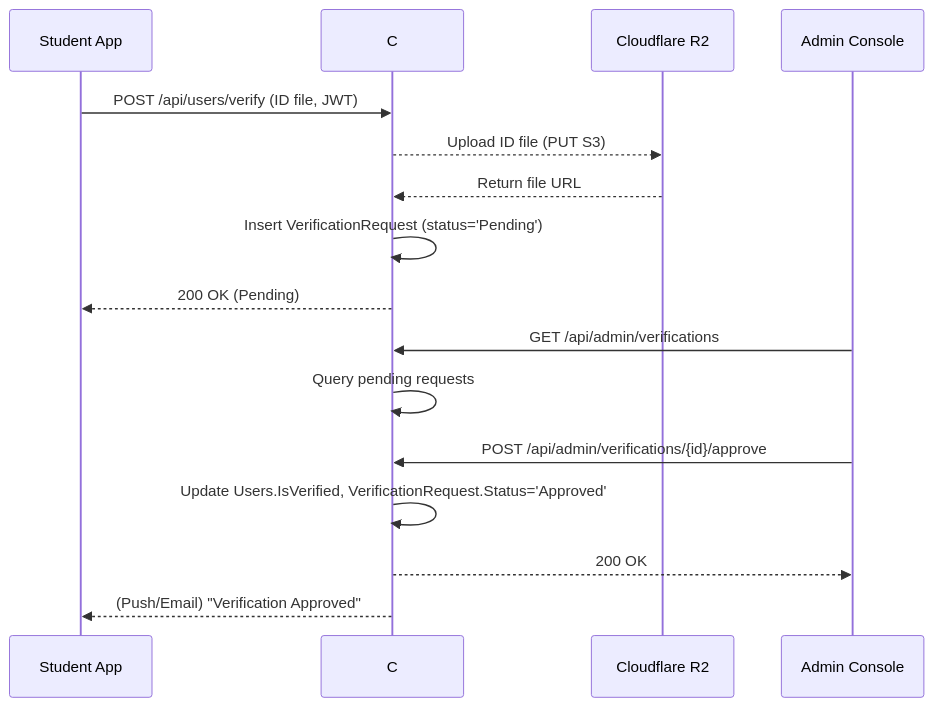
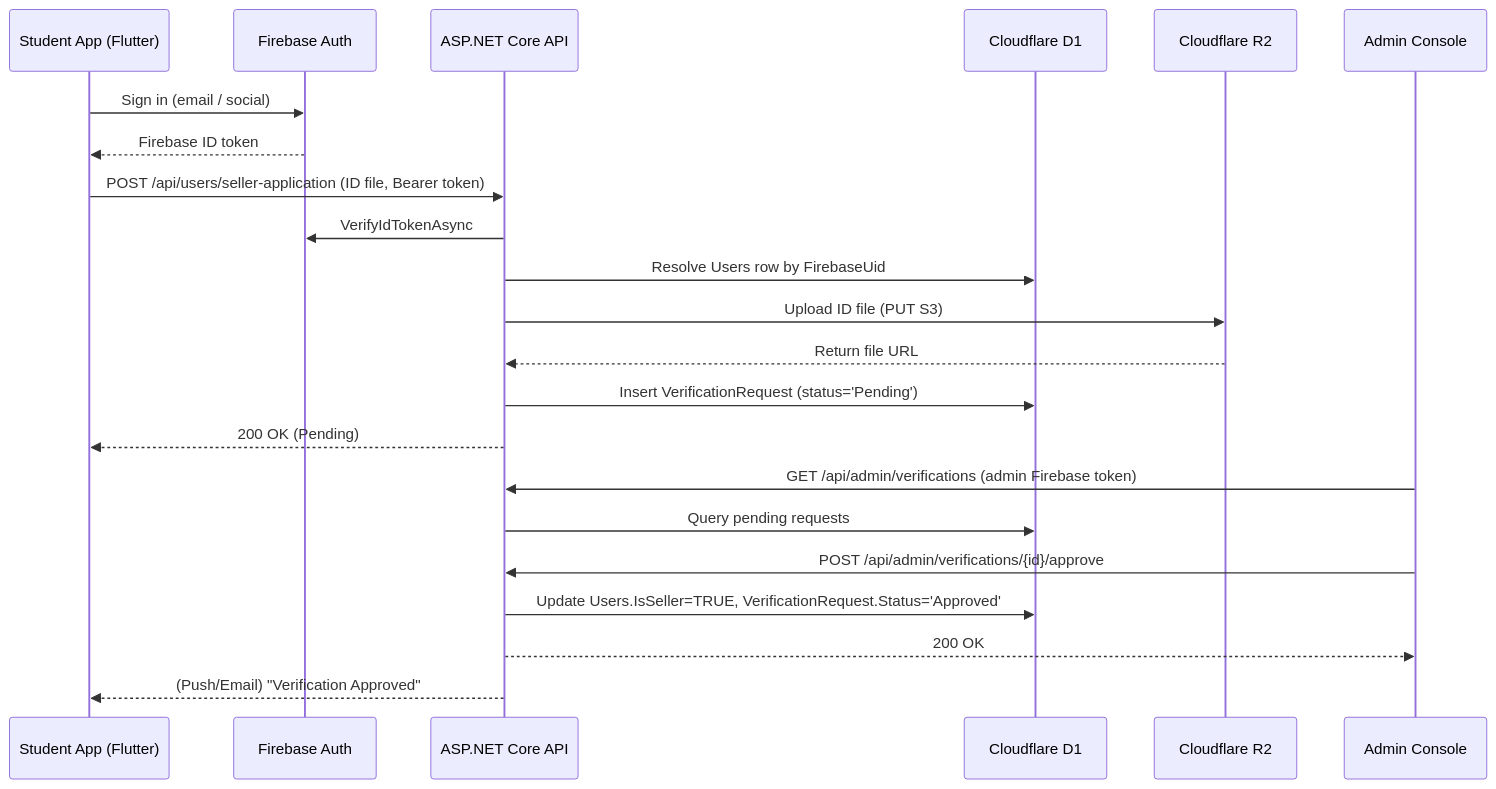
One commit to Bosiakoba/UniMarket changed the second of 2 diagrams in md/deep-research-report.md. Above: the diagram before and after it, drawn with Mermaid. The commit also changed other lines of this file and 2 other files, not shown here.

First line of the commit message:
docs: align backend report with Firebase Auth and Cloudflare stack

````diff
--- a/md/deep-research-report.md
+++ b/md/deep-research-report.md
@@ -328,19 +366,25 @@
 ```mermaid
 sequenceDiagram
-    participant StuApp as Student App
-    participant API as C# Backend
+    participant StuApp as Student App (Flutter)
+    participant Firebase as Firebase Auth
+    participant API as ASP.NET Core API
+    participant D1 as Cloudflare D1
     participant R2 as Cloudflare R2
     participant AdminApp as Admin Console
 
-    StuApp->>API: POST /api/users/verify (ID file, JWT)
-    API-->>R2: Upload ID file (PUT S3)
+    StuApp->>Firebase: Sign in (email / social)
+    Firebase-->>StuApp: Firebase ID token
+    StuApp->>API: POST /api/users/seller-application (ID file, Bearer token)
+    API->>Firebase: VerifyIdTokenAsync
+    API->>D1: Resolve Users row by FirebaseUid
+    API->>R2: Upload ID file (PUT S3)
     R2-->>API: Return file URL
-    API->>API: Insert VerificationRequest (status='Pending')
+    API->>D1: Insert VerificationRequest (status='Pending')
     API-->>StuApp: 200 OK (Pending)
-    AdminApp->>API: GET /api/admin/verifications
-    API->>API: Query pending requests
+    AdminApp->>API: GET /api/admin/verifications (admin Firebase token)
+    API->>D1: Query pending requests
     AdminApp->>API: POST /api/admin/verifications/{id}/approve
-    API->>API: Update Users.IsVerified, VerificationRequest.Status='Approved'
+    API->>D1: Update Users.IsSeller=TRUE, VerificationRequest.Status='Approved'
     API-->>AdminApp: 200 OK
     API-->>StuApp: (Push/Email) "Verification Approved"
 ```
````
